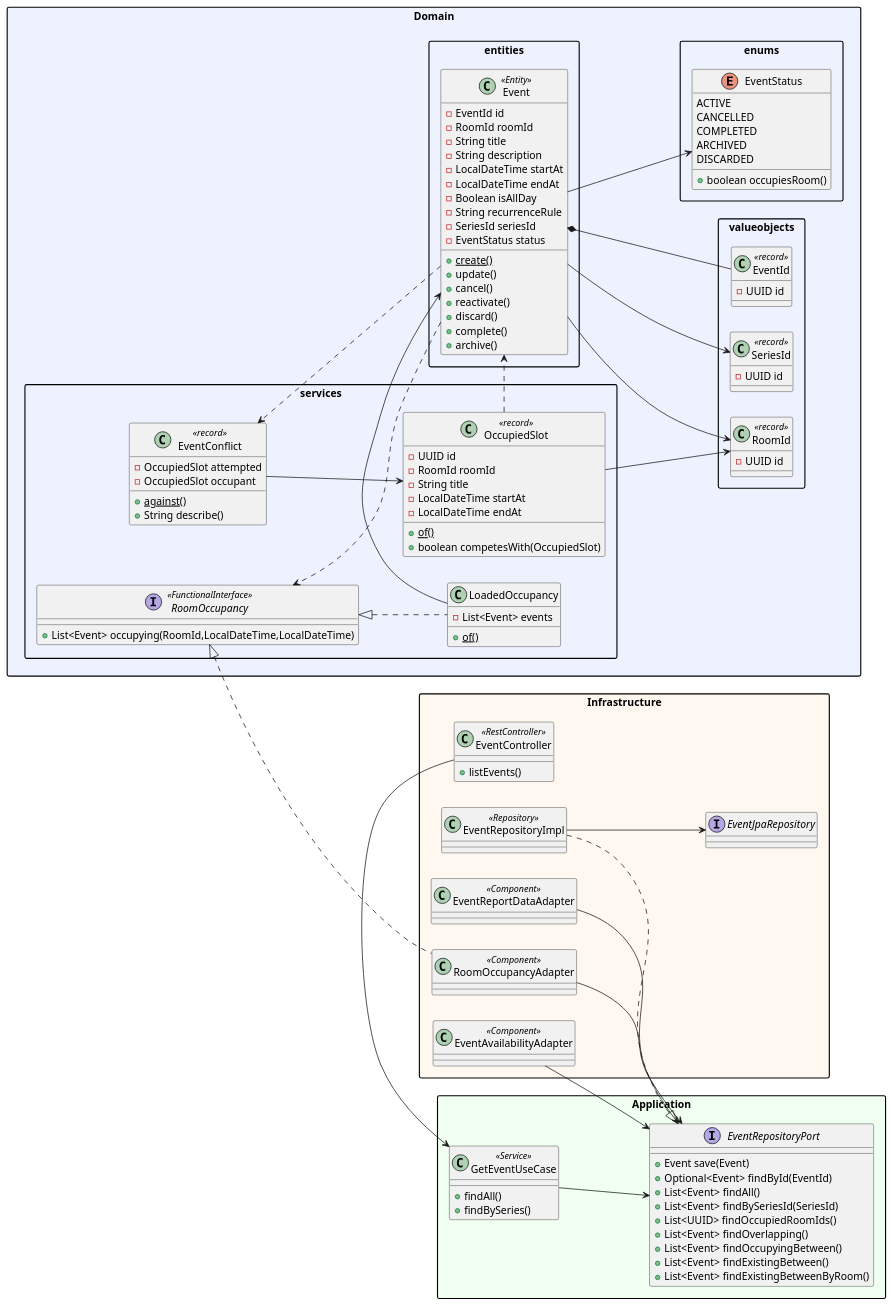
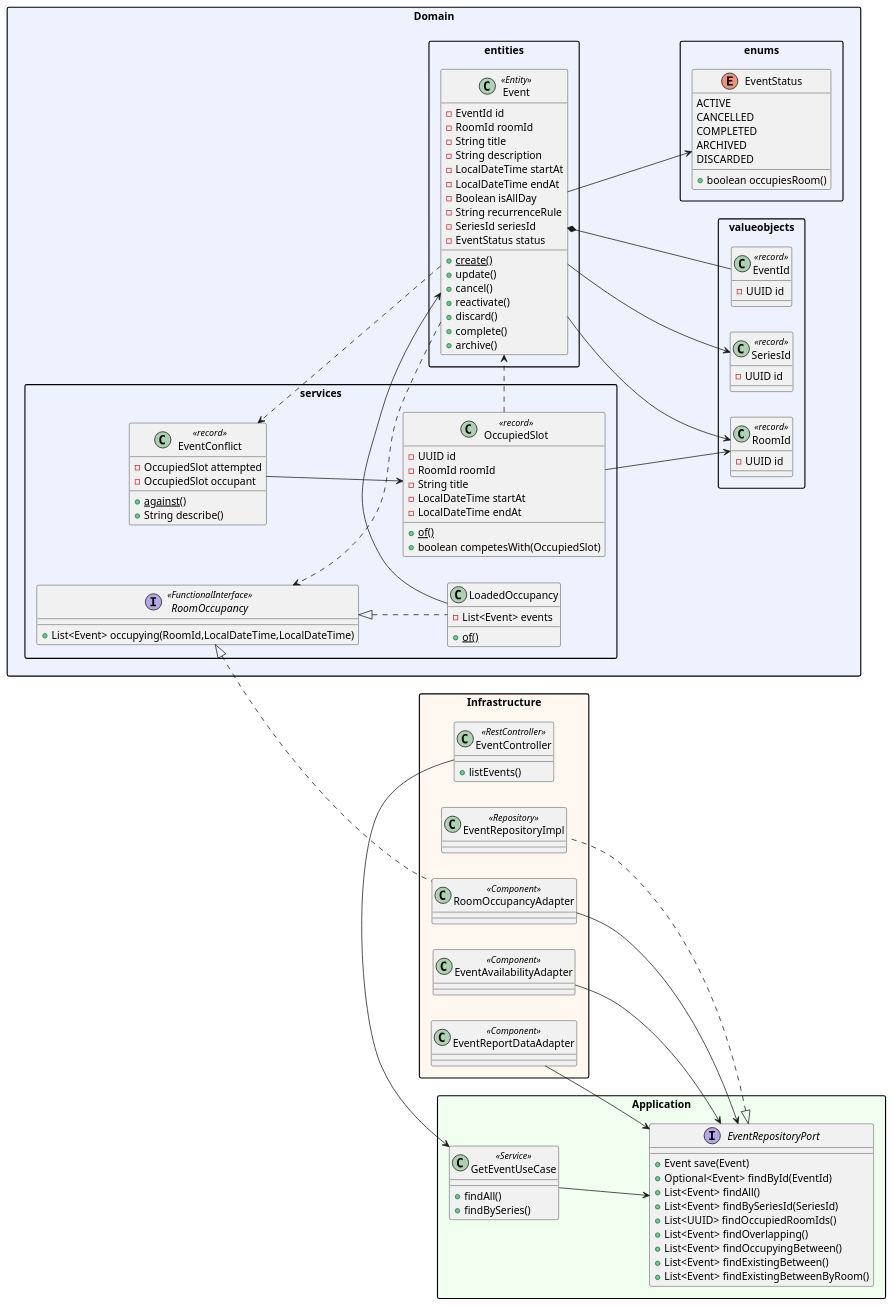
One commit to Neoguara/rooms-diagrams changed the diagram in src/plantuml/classe/simples/event/event.puml. Above: the diagram before and after it, drawn with PlantUML. The commit also changed 24 other files, not shown here.

```diff
--- a/src/plantuml/classe/simples/event/event.puml
+++ b/src/plantuml/classe/simples/event/event.puml
@@ -1,149 +1,147 @@
 @startuml event_event
 
 ' Versão simples do recorte de evento, dentro do módulo event. A versão exaustiva do
 ' módulo inteiro está em classe/event.puml, e é ela que serve de referência de sincronia.
 '
 ' É o recorte da agenda: o evento, seu ciclo de vida e a regra que decide se dois eventos
 ' se chocam na mesma sala. Quem cria e altera evento é o recorte de solicitação.
 '
 ' O que esta versão corta: DTOs, mappers, validators, exceções, getters, construtores,
 ' métodos privados, os tipos de fora do módulo, e as dependências de uso, exceto as que
 ' ligam um serviço de domínio ao que ele opera.
 
 left to right direction
 skinparam packageStyle rectangle
 
 package "Domain" #EEF2FF {
 
   package "entities" {
     class Event <<Entity>> {
       - EventId id
       - RoomId roomId
       - String title
       - String description
       - LocalDateTime startAt
       - LocalDateTime endAt
       - Boolean isAllDay
       - String recurrenceRule
       - SeriesId seriesId
       - EventStatus status
       + {static} create()
       + update()
       + cancel()
       + reactivate()
       + discard()
       + complete()
       + archive()
     }
   }
 
   package "valueobjects" {
     class EventId <<record>> {
       - UUID id
     }
     class SeriesId <<record>> {
       - UUID id
     }
     class RoomId <<record>> {
       - UUID id
     }
   }
 
   package "enums" {
     enum EventStatus {
       ACTIVE
       CANCELLED
       COMPLETED
       ARCHIVED
       DISCARDED
       + boolean occupiesRoom()
     }
   }
 
   package "services" {
     interface RoomOccupancy <<FunctionalInterface>> {
       + List<Event> occupying(RoomId,LocalDateTime,LocalDateTime)
     }
     class LoadedOccupancy {
       - List<Event> events
       + {static} of()
     }
     class OccupiedSlot <<record>> {
       - UUID id
       - RoomId roomId
       - String title
       - LocalDateTime startAt
       - LocalDateTime endAt
       + {static} of()
       + boolean competesWith(OccupiedSlot)
     }
     class EventConflict <<record>> {
       - OccupiedSlot attempted
       - OccupiedSlot occupant
       + {static} against()
       + String describe()
     }
   }
 }
 
 package "Application" #F0FFF0 {
 
   interface EventRepositoryPort {
     + Event save(Event)
     + Optional<Event> findById(EventId)
     + List<Event> findAll()
     + List<Event> findBySeriesId(SeriesId)
     + List<UUID> findOccupiedRoomIds()
     + List<Event> findOverlapping()
     + List<Event> findOccupyingBetween()
     + List<Event> findExistingBetween()
     + List<Event> findExistingBetweenByRoom()
   }
 
   class GetEventUseCase <<Service>> {
     + findAll()
     + findBySeries()
   }
 }
 
 package "Infrastructure" #FFF8F0 {
 
   class EventController <<RestController>> {
     + listEvents()
   }
 
   class EventRepositoryImpl <<Repository>>
-  interface EventJpaRepository
 
   class RoomOccupancyAdapter <<Component>>
   class EventAvailabilityAdapter <<Component>>
   class EventReportDataAdapter <<Component>>
 }
 
 ' ── Implementação e herança ────────────────────────────
 RoomOccupancy <|.. LoadedOccupancy
 RoomOccupancy <|.. RoomOccupancyAdapter
 EventRepositoryPort <|.. EventRepositoryImpl
 
 ' ── Campos ─────────────────────────────────────────────
 Event *-- EventId
 Event --> RoomId
 Event --> SeriesId
 Event --> EventStatus
 OccupiedSlot --> RoomId
 EventConflict --> OccupiedSlot
 LoadedOccupancy --> Event
 
 EventController --> GetEventUseCase
 GetEventUseCase --> EventRepositoryPort
-EventRepositoryImpl --> EventJpaRepository
 RoomOccupancyAdapter --> EventRepositoryPort
 EventAvailabilityAdapter --> EventRepositoryPort
 EventReportDataAdapter --> EventRepositoryPort
 
 ' ── Uso: a regra de conflito ───────────────────────────
 Event ..> RoomOccupancy
 Event ..> EventConflict
 OccupiedSlot ..> Event
 
 @enduml
```
